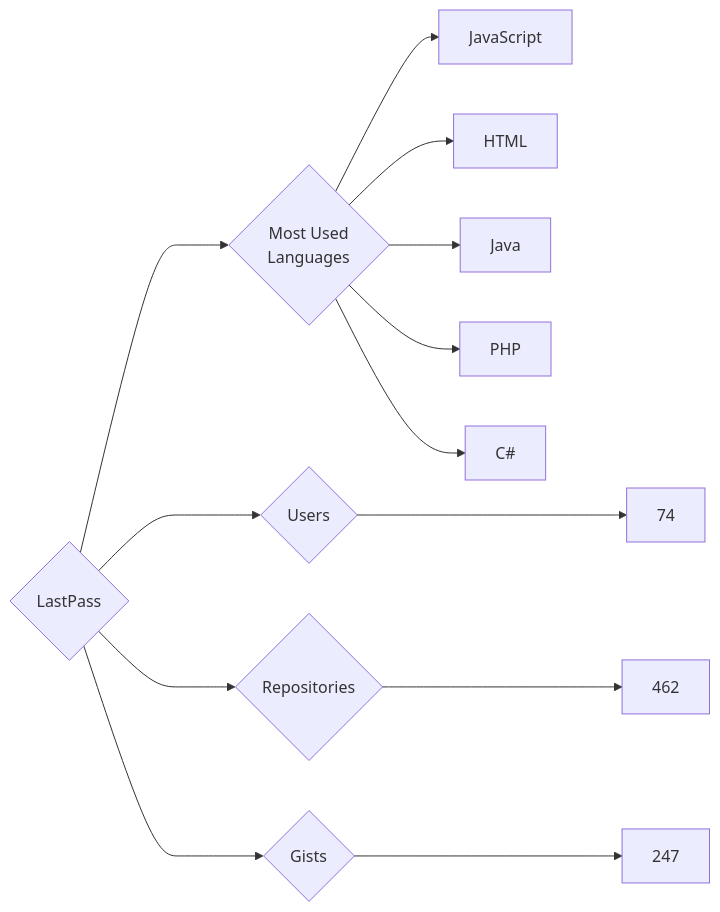
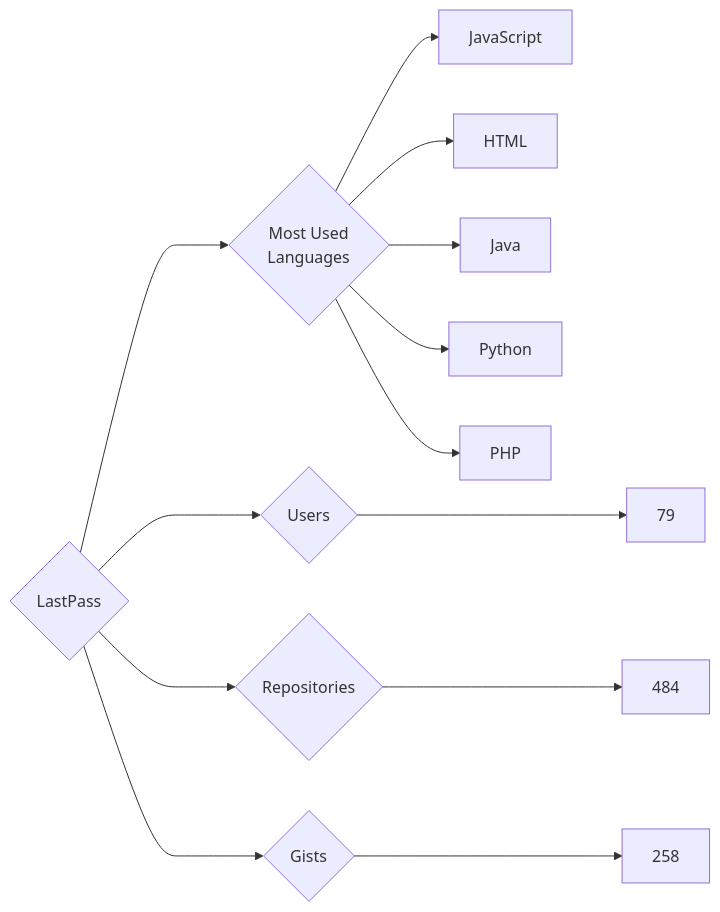
One commit to trickest/insiders changed the diagram in targets/LastPass/README.md. Above: the diagram before and after it, drawn with Mermaid. The commit also changed 1484 other files, not shown here.

````diff
--- a/targets/LastPass/README.md
+++ b/targets/LastPass/README.md
@@ -3,13 +3,13 @@
 ```mermaid
 graph LR
 COMPANY_NAME{LastPass}
-COMPANY_NAME ---> U{Users} ---> UN[74]
-COMPANY_NAME ---> R{Repositories} ---> RN[462]
-COMPANY_NAME ---> G{Gists} ---> GN[247]
+COMPANY_NAME ---> U{Users} ---> UN[79]
+COMPANY_NAME ---> R{Repositories} ---> RN[484]
+COMPANY_NAME ---> G{Gists} ---> GN[258]
 COMPANY_NAME ---> ML{Most Used<br>Languages}
 ML --> JavaScript[JavaScript]
 ML --> HTML[HTML]
 ML --> Java[Java]
+ML --> Python[Python]
 ML --> PHP[PHP]
-ML --> C#[C#]
 ```
````
